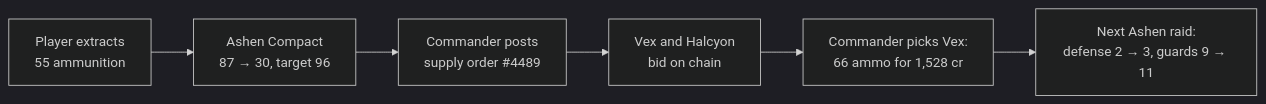
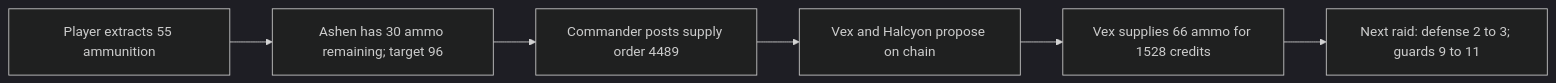
The first of 2 diagrams in README.md (Psalmuel01/contract-zero), drawn with Mermaid (dark theme) before and after one commit. The commit also changed other lines of this file and 2 other files, not shown here.

````diff
--- a/README.md
+++ b/README.md
@@ -26,8 +49,8 @@
 ```mermaid
 flowchart LR
-  R[Player extracts<br/>55 ammunition] --> S[Ashen Compact<br/>87 → 30, target 96]
-  S --> O[Commander posts<br/>supply order #4489]
-  O --> B[Vex and Halcyon<br/>bid on chain]
-  B --> W[Commander picks Vex:<br/>66 ammo for 1,528 cr]
-  W --> N[Next Ashen raid:<br/>defense 2 → 3, guards 9 → 11]
+  R[Player extracts 55 ammunition] --> S[Ashen has 30 ammo remaining; target 96]
+  S --> O[Commander posts supply order 4489]
+  O --> B[Vex and Halcyon propose on chain]
+  B --> F[Vex supplies 66 ammo for 1528 credits]
+  F --> N[Next raid: defense 2 to 3; guards 9 to 11]
 ```
````
